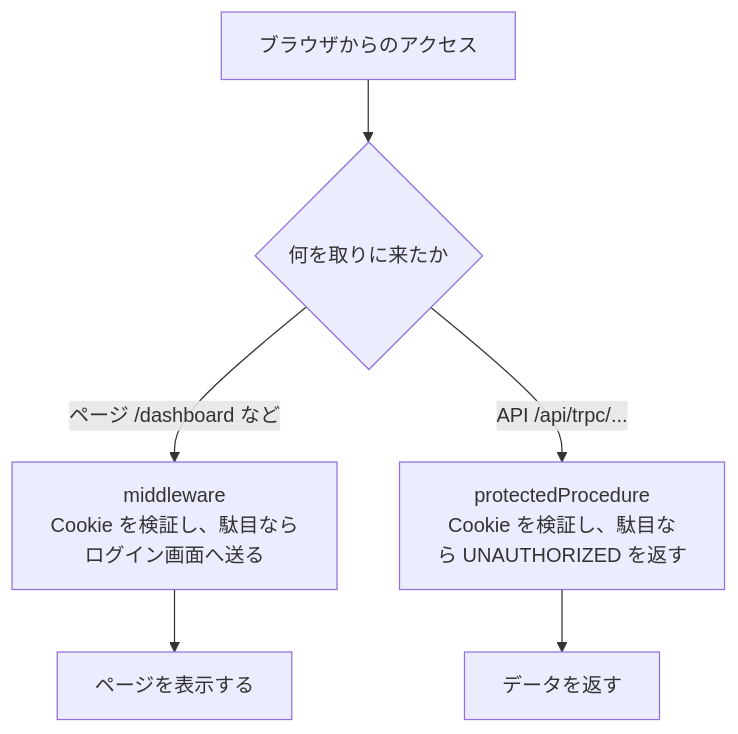
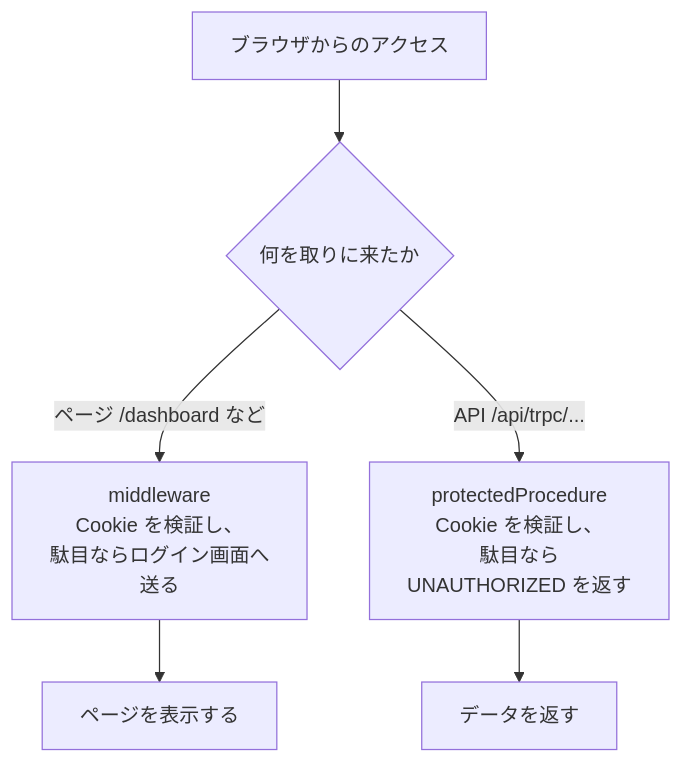
The third of 4 diagrams in material/30days-curriculum/day07_認証バックエンドを作ろう.md (kouiso/task-app), drawn with Mermaid before and after one commit. The commit also changed other lines of this file and 24 other files, not shown here.

First line of the commit message:
fix(material): Mermaid 図のファイル名キャプションとノード途中折れを直す (#457) (#718)

````diff
--- a/material/30days-curriculum/day07_認証バックエンドを作ろう.md
+++ b/material/30days-curriculum/day07_認証バックエンドを作ろう.md
@@ -1323,8 +1323,8 @@
 ```mermaid
 flowchart TB
     REQ["ブラウザからのアクセス"] --> K{"何を取りに来たか"}
-    K -->|"ページ /dashboard など"| MW["middleware<br/>Cookie を検証し、駄目ならログイン画面へ送る"]
-    K -->|"API /api/trpc/..."| PP["protectedProcedure<br/>Cookie を検証し、駄目なら UNAUTHORIZED を返す"]
+    K -->|"ページ /dashboard など"| MW["middleware<br/>Cookie を検証し、<br/>駄目ならログイン画面へ<br/>送る"]
+    K -->|"API /api/trpc/..."| PP["protectedProcedure<br/>Cookie を検証し、<br/>駄目なら<br/>UNAUTHORIZED を返す"]
     MW --> PAGE["ページを表示する"]
     PP --> DATA["データを返す"]
 ```
````
